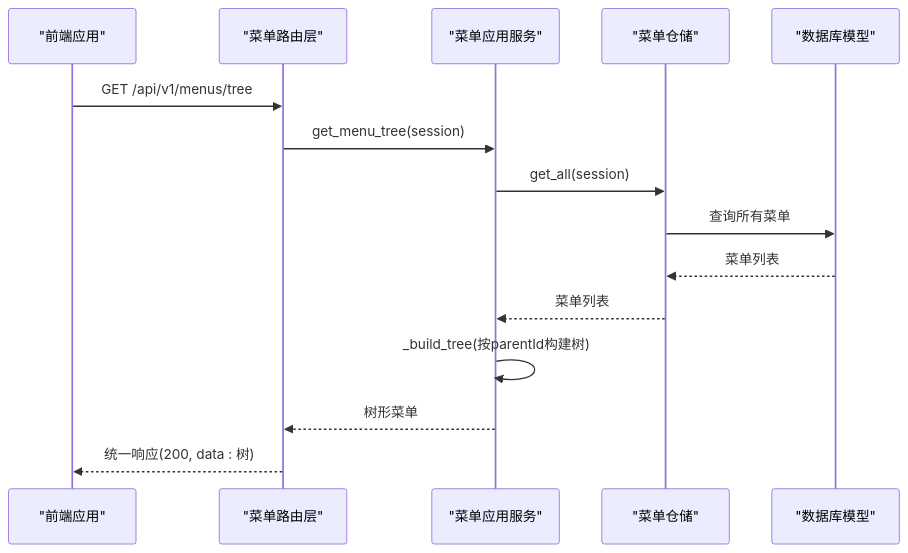
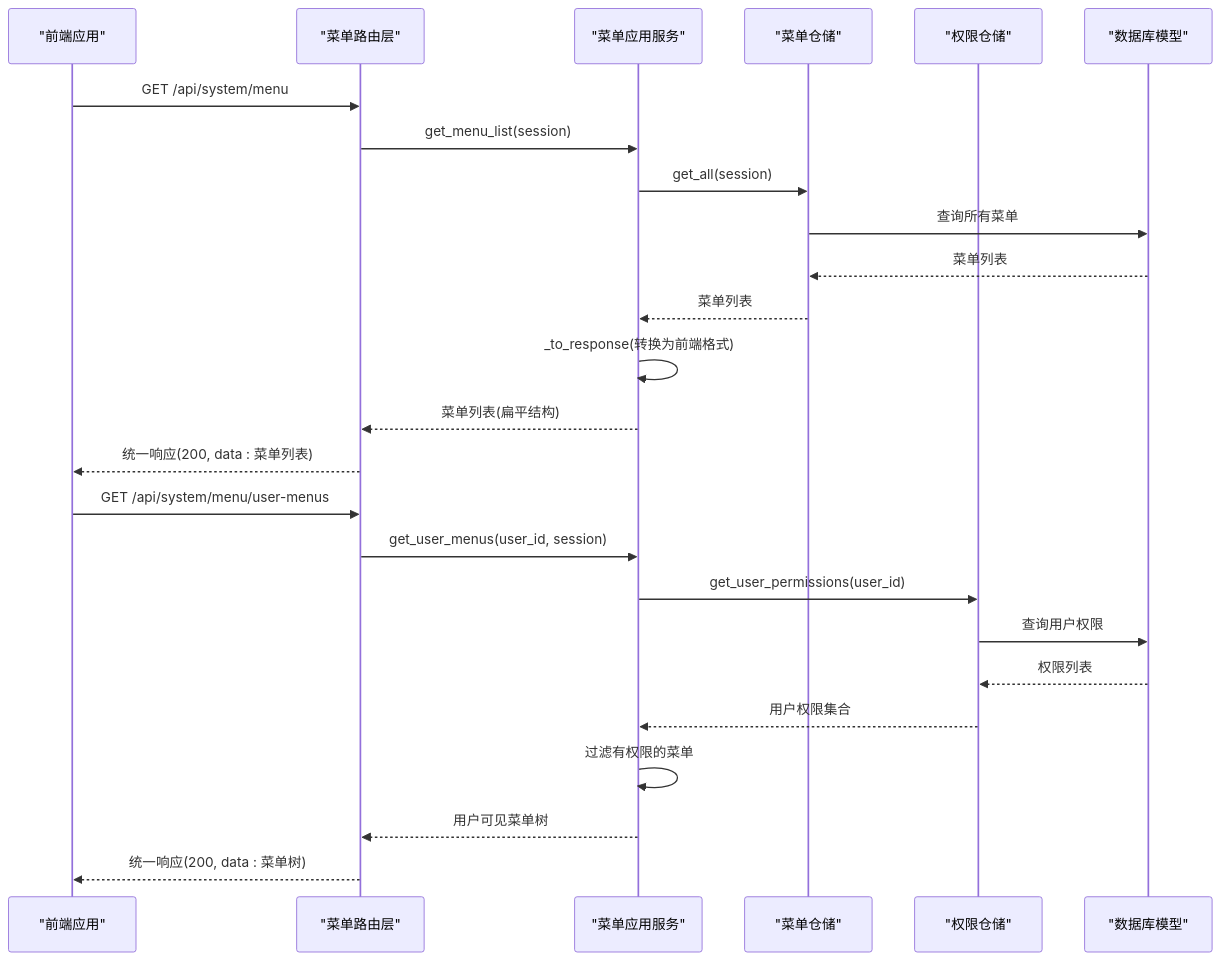
The second of 6 diagrams in .qoder/repowiki/zh/content/API 接口文档/菜单管理接口.md (taoweidong/Hello-FastApi), drawn with Mermaid before and after one commit. The commit also changed other lines of this file and 9 other files, not shown here.

````diff
--- a/.qoder/repowiki/zh/content/API 接口文档/菜单管理接口.md
+++ b/.qoder/repowiki/zh/content/API 接口文档/菜单管理接口.md
@@ -124,17 +154,27 @@
 ```mermaid
 sequenceDiagram
 participant FE as "前端应用"
 participant API as "菜单路由层"
 participant SVC as "菜单应用服务"
 participant REP as "菜单仓储"
+participant PERM as "权限仓储"
 participant DB as "数据库模型"
-FE->>API : GET /api/v1/menus/tree
-API->>SVC : get_menu_tree(session)
+FE->>API : GET /api/system/menu
+API->>SVC : get_menu_list(session)
 SVC->>REP : get_all(session)
 REP->>DB : 查询所有菜单
 DB-->>REP : 菜单列表
 REP-->>SVC : 菜单列表
-SVC->>SVC : _build_tree(按parentId构建树)
-SVC-->>API : 树形菜单
-API-->>FE : 统一响应(200, data : 树)
+SVC->>SVC : _to_response(转换为前端格式)
+SVC-->>API : 菜单列表(扁平结构)
+API-->>FE : 统一响应(200, data : 菜单列表)
+FE->>API : GET /api/system/menu/user-menus
+API->>SVC : get_user_menus(user_id, session)
+SVC->>PERM : get_user_permissions(user_id)
+PERM->>DB : 查询用户权限
+DB-->>PERM : 权限列表
+PERM-->>SVC : 用户权限集合
+SVC->>SVC : 过滤有权限的菜单
+SVC-->>API : 用户可见菜单树
+API-->>FE : 统一响应(200, data : 菜单树)
 ```
````
